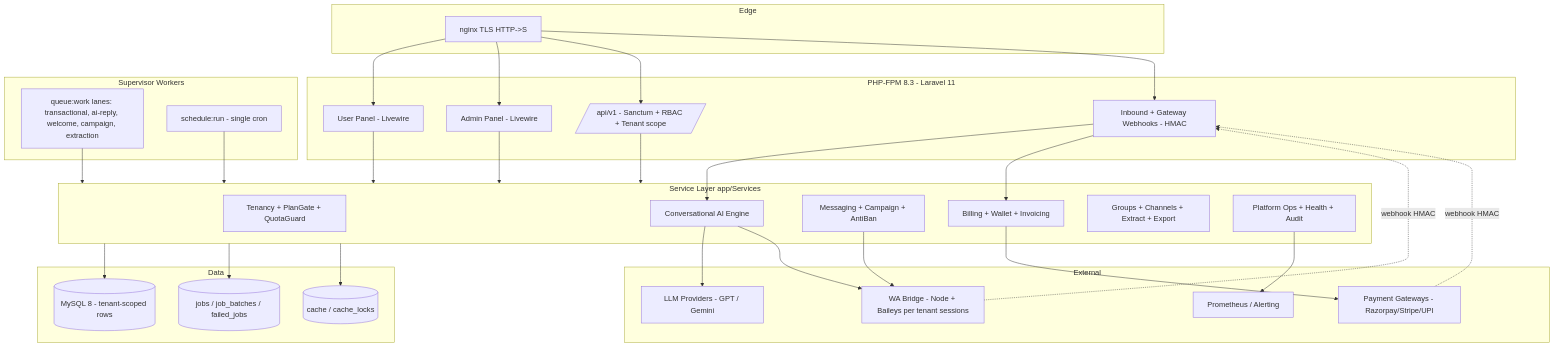
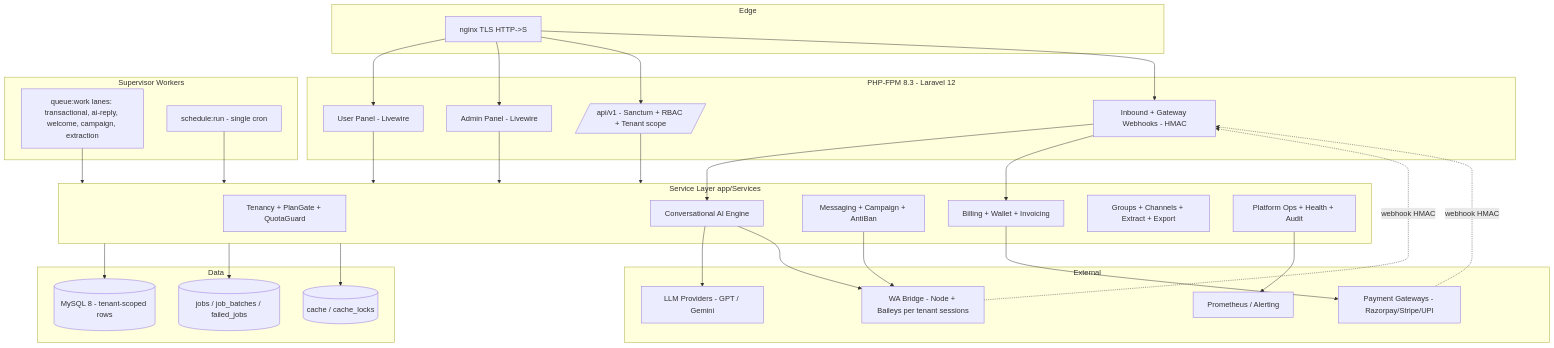
The first of 12 diagrams in .kiro/specs/whatsapp-chatbot-platform/design.md (codeprimex-netizen/Bot), drawn with Mermaid before and after one commit. The commit also changed other lines of this file and 9 other files, not shown here.

````diff
--- a/.kiro/specs/whatsapp-chatbot-platform/design.md
+++ b/.kiro/specs/whatsapp-chatbot-platform/design.md
@@ -44,50 +44,50 @@
 ```mermaid
 graph TD
     subgraph Edge
         NGINX[nginx TLS HTTP->S]
     end
-    subgraph PHP_FPM[PHP-FPM 8.3 - Laravel 11]
+    subgraph PHP_FPM[PHP-FPM 8.3 - Laravel 12]
         USERPANEL[User Panel - Livewire]
         ADMINPANEL[Admin Panel - Livewire]
         API[/api/v1 - Sanctum + RBAC + Tenant scope/]
         WEBHOOKS[Inbound + Gateway Webhooks - HMAC]
     end
     subgraph Services[Service Layer app/Services]
         TENANCY[Tenancy + PlanGate + QuotaGuard]
         BILLING[Billing + Wallet + Invoicing]
         MESSAGING[Messaging + Campaign + AntiBan]
         CHATBOT[Conversational AI Engine]
         GROUPS[Groups + Channels + Extract + Export]
         PLATFORM[Platform Ops + Health + Audit]
     end
     subgraph Data
         MYSQL[(MySQL 8 - tenant-scoped rows)]
         QUEUE[(jobs / job_batches / failed_jobs)]
         CACHE[(cache / cache_locks)]
     end
     subgraph Workers[Supervisor Workers]
         WQ[queue:work lanes: transactional, ai-reply, welcome, campaign, extraction]
         CRON[schedule:run - single cron]
     end
     subgraph External
         LLM[LLM Providers - GPT / Gemini]
         PAY[Payment Gateways - Razorpay/Stripe/UPI]
         BRIDGE[WA Bridge - Node + Baileys per tenant sessions]
         OBS[Prometheus / Alerting]
     end
 
     NGINX --> USERPANEL & ADMINPANEL & API & WEBHOOKS
     USERPANEL & ADMINPANEL & API --> Services
     WEBHOOKS --> CHATBOT
     WEBHOOKS --> BILLING
     Services --> MYSQL & QUEUE & CACHE
     WQ --> Services
     CRON --> Services
     MESSAGING --> BRIDGE
     CHATBOT --> LLM
     CHATBOT --> BRIDGE
     BILLING --> PAY
     PLATFORM --> OBS
     BRIDGE -. webhook HMAC .-> WEBHOOKS
     PAY -. webhook HMAC .-> WEBHOOKS
 ```
````
